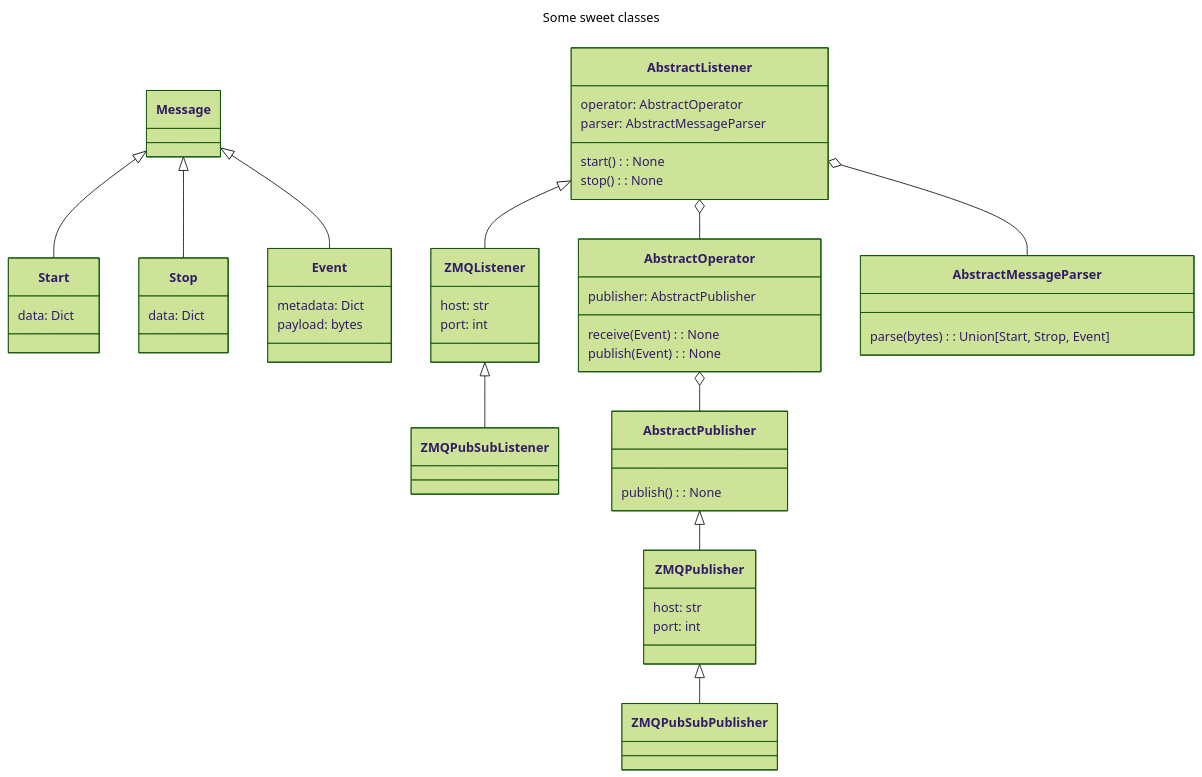
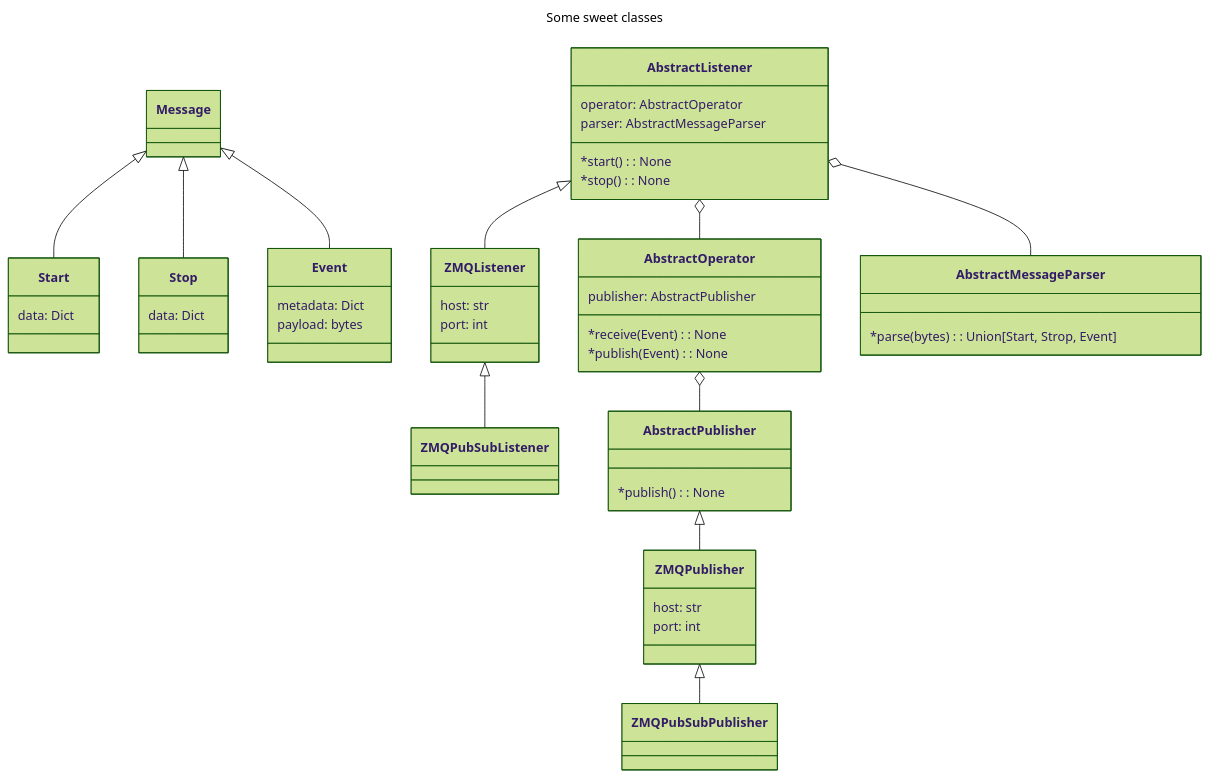
The first of 2 diagrams in README.md (als-computing/arroyopy), drawn with Mermaid (forest theme) before and after one commit.

Commit message:
added abstract modifier on methods

````diff
--- a/README.md
+++ b/README.md
@@ -16,83 +16,83 @@
 ```mermaid
 ---
 title: Some sweet classes
 
 note: I guess we use "None" instead of "void"
 ---
 
 classDiagram
 
     class AbstractListener{
         operator: AbstractOperator
         parser: AbstractMessageParser
-        start(): None  
-        stop(): None
+        *start(): None  
+        *stop(): None
     }
 
 
     class AbstractOperator{
         publisher: AbstractPublisher
-        receive(Event): None
-        publish(Event): None
+        *receive(Event): None
+        *publish(Event): None
 
     }
 
     class AbstractPublisher{
-        publish(): None
+        *publish(): None
     }
 
     class Message{
 
     }
 
    class ZMQPublisher{
         host: str
         port: int
     }
 
     class ZMQPubSubPublisher{
 
     }
 
     class Start{
         data: Dict
     }
    
     class Stop{
         data: Dict
     }
 
     class Event{
         metadata: Dict
         payload: bytes
     }
 
     class ZMQListener{
         host: str
         port: int
     }
 
     class ZMQPubSubListener{
 
     }
 
     class AbstractMessageParser{
-        parse(bytes): Union[Start, Strop, Event]
+        *parse(bytes): Union[Start, Strop, Event]
     }
 
     AbstractListener <|-- ZMQListener
     ZMQListener <|-- ZMQPubSubListener
     AbstractListener o-- AbstractOperator
     AbstractListener o-- AbstractMessageParser
 
     AbstractPublisher <|-- ZMQPublisher
     ZMQPublisher <|-- ZMQPubSubPublisher
 
 
     AbstractOperator o-- AbstractPublisher
     Message <|-- Start
     Message <|-- Stop
     Message <|-- Event 
     
 
 ```
````
